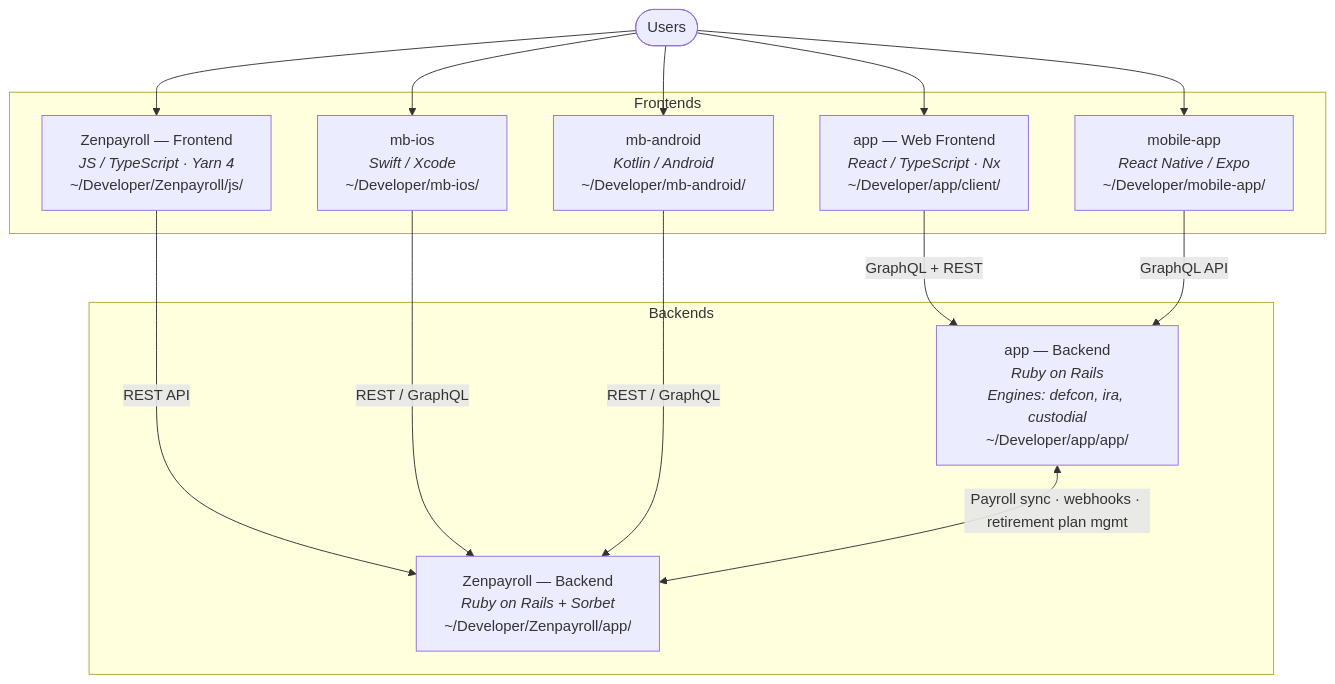
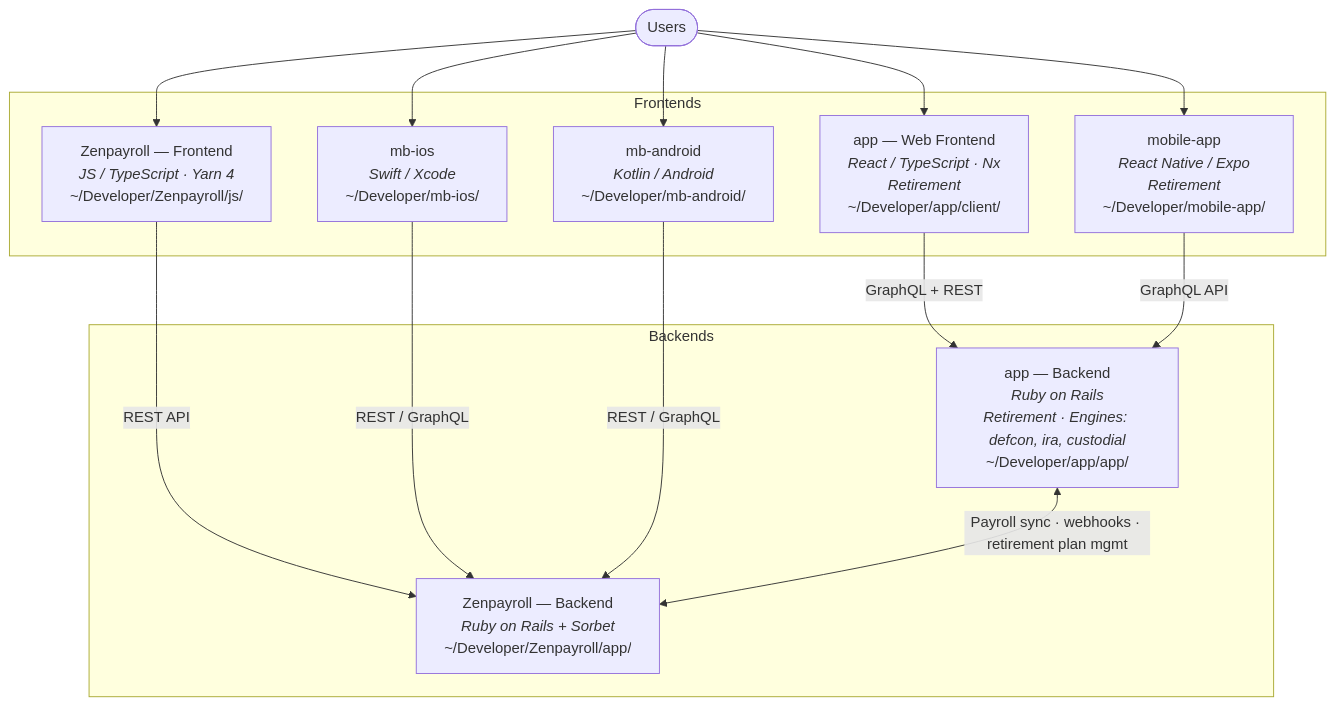
One commit to luigiinred/dotfiles changed the diagram in dot_cursor/skills/project-landscape/SKILL.md. Above: the diagram before and after it, drawn with Mermaid.

Commit message:
chore: note app and mobile-app as retirement

````diff
--- a/dot_cursor/skills/project-landscape/SKILL.md
+++ b/dot_cursor/skills/project-landscape/SKILL.md
@@ -12,27 +12,27 @@
 ```mermaid
 graph TB
     users([Users])
 
     subgraph fe ["Frontends"]
-        appFe["app — Web Frontend<br/><i>React / TypeScript · Nx</i><br/>~/Developer/app/client/"]
-        mobileApp["mobile-app<br/><i>React Native / Expo</i><br/>~/Developer/mobile-app/"]
+        appFe["app — Web Frontend<br/><i>React / TypeScript · Nx</i><br/><i>Retirement</i><br/>~/Developer/app/client/"]
+        mobileApp["mobile-app<br/><i>React Native / Expo</i><br/><i>Retirement</i><br/>~/Developer/mobile-app/"]
         zpFe["Zenpayroll — Frontend<br/><i>JS / TypeScript · Yarn 4</i><br/>~/Developer/Zenpayroll/js/"]
         mbIos["mb-ios<br/><i>Swift / Xcode</i><br/>~/Developer/mb-ios/"]
         mbAndroid["mb-android<br/><i>Kotlin / Android</i><br/>~/Developer/mb-android/"]
     end
 
     subgraph be ["Backends"]
-        appBe["app — Backend<br/><i>Ruby on Rails</i><br/><i>Engines: defcon, ira, custodial</i><br/>~/Developer/app/app/"]
+        appBe["app — Backend<br/><i>Ruby on Rails</i><br/><i>Retirement · Engines: defcon, ira, custodial</i><br/>~/Developer/app/app/"]
         zpBe["Zenpayroll — Backend<br/><i>Ruby on Rails + Sorbet</i><br/>~/Developer/Zenpayroll/app/"]
     end
 
     users --> appFe & mobileApp & zpFe & mbIos & mbAndroid
 
     appFe -- "GraphQL + REST" --> appBe
     mobileApp -- "GraphQL API" --> appBe
     zpFe -- "REST API" --> zpBe
     mbIos -- "REST / GraphQL" --> zpBe
     mbAndroid -- "REST / GraphQL" --> zpBe
 
     appBe <-- "Payroll sync · webhooks · retirement plan mgmt" --> zpBe
 ```
````
